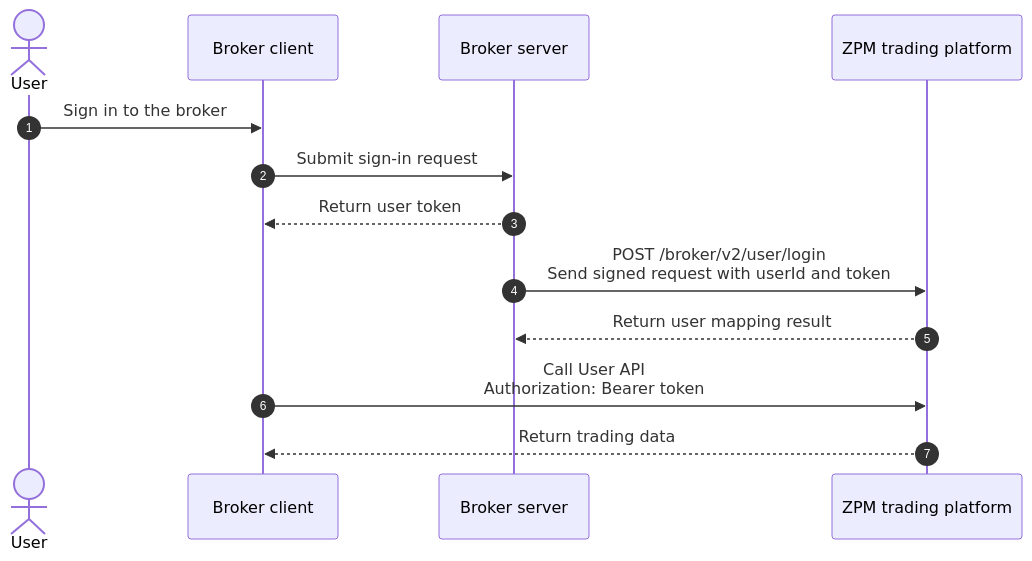
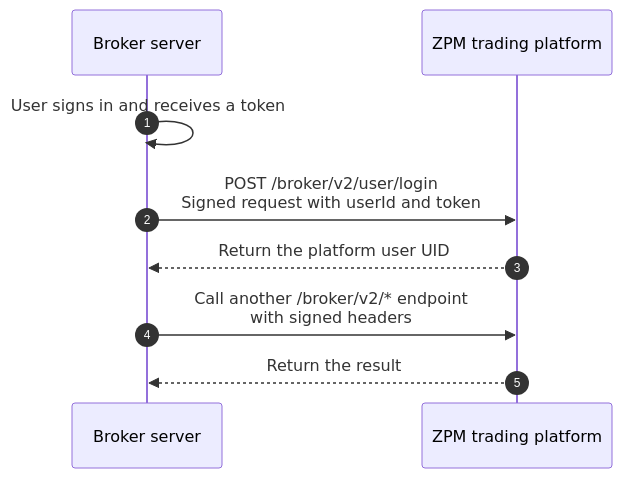
One commit to topblast-trade/docs changed the diagram in en/guide/introduction.mdx. Above: the diagram before and after it, drawn with Mermaid. The commit also changed other lines of this file and 4 other files, not shown here.

````diff
--- a/en/guide/introduction.mdx
+++ b/en/guide/introduction.mdx
@@ -43,16 +33,11 @@
 ```mermaid
 sequenceDiagram
     autonumber
-    actor User
-    participant Client as Broker client
     participant Broker as Broker server
     participant ZPM as ZPM trading platform
-
-    User->>Client: Sign in to the broker
-    Client->>Broker: Submit sign-in request
-    Broker-->>Client: Return user token
-    Broker->>ZPM: POST /broker/v2/user/login<br/>Send signed request with userId and token
-    ZPM-->>Broker: Return user mapping result
-    Client->>ZPM: Call User API<br/>Authorization: Bearer token
-    ZPM-->>Client: Return trading data
+    Broker->>Broker: User signs in and receives a token
+    Broker->>ZPM: POST /broker/v2/user/login<br/>Signed request with userId and token
+    ZPM-->>Broker: Return the platform user UID
+    Broker->>ZPM: Call another /broker/v2/* endpoint<br/>with signed headers
+    ZPM-->>Broker: Return the result
 ```
````
